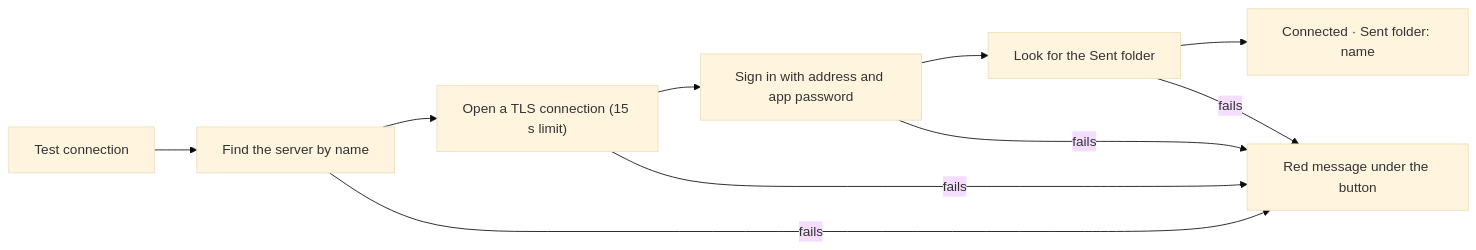
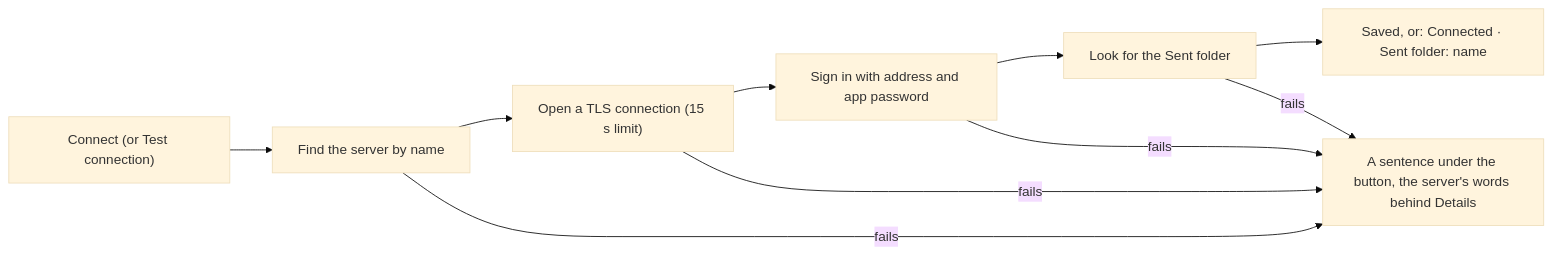
One commit to SarangVehale/email-todolist changed the diagram in docs/guides/connect-a-mailbox.md. Above: the diagram before and after it, drawn with Mermaid (base theme). The commit also changed other lines of this file and 53 other files, not shown here.

````diff
--- a/docs/guides/connect-a-mailbox.md
+++ b/docs/guides/connect-a-mailbox.md
@@ -48,12 +67,12 @@
 ```mermaid
 flowchart LR
-    A["Test connection"] --> B["Find the server by name"]
+    A["Connect (or Test connection)"] --> B["Find the server by name"]
     B --> C["Open a TLS connection (15 s limit)"]
     C --> D["Sign in with address and app password"]
     D --> E["Look for the Sent folder"]
-    E --> F["Connected · Sent folder: name"]
-    B -- "fails" --> X["Red message under the button"]
+    E --> F["Saved, or: Connected · Sent folder: name"]
+    B -- "fails" --> X["A sentence under the button, the server's words behind Details"]
     C -- "fails" --> X
     D -- "fails" --> X
     E -- "fails" --> X
 ```
````
